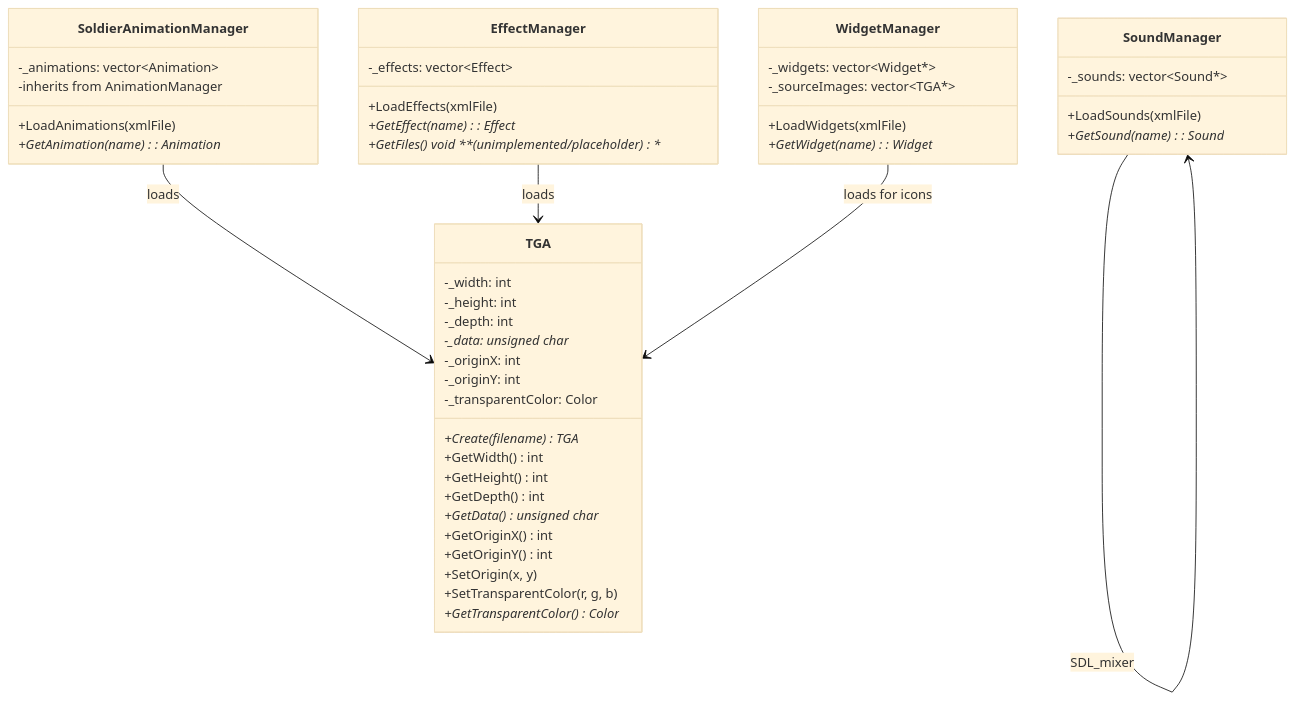
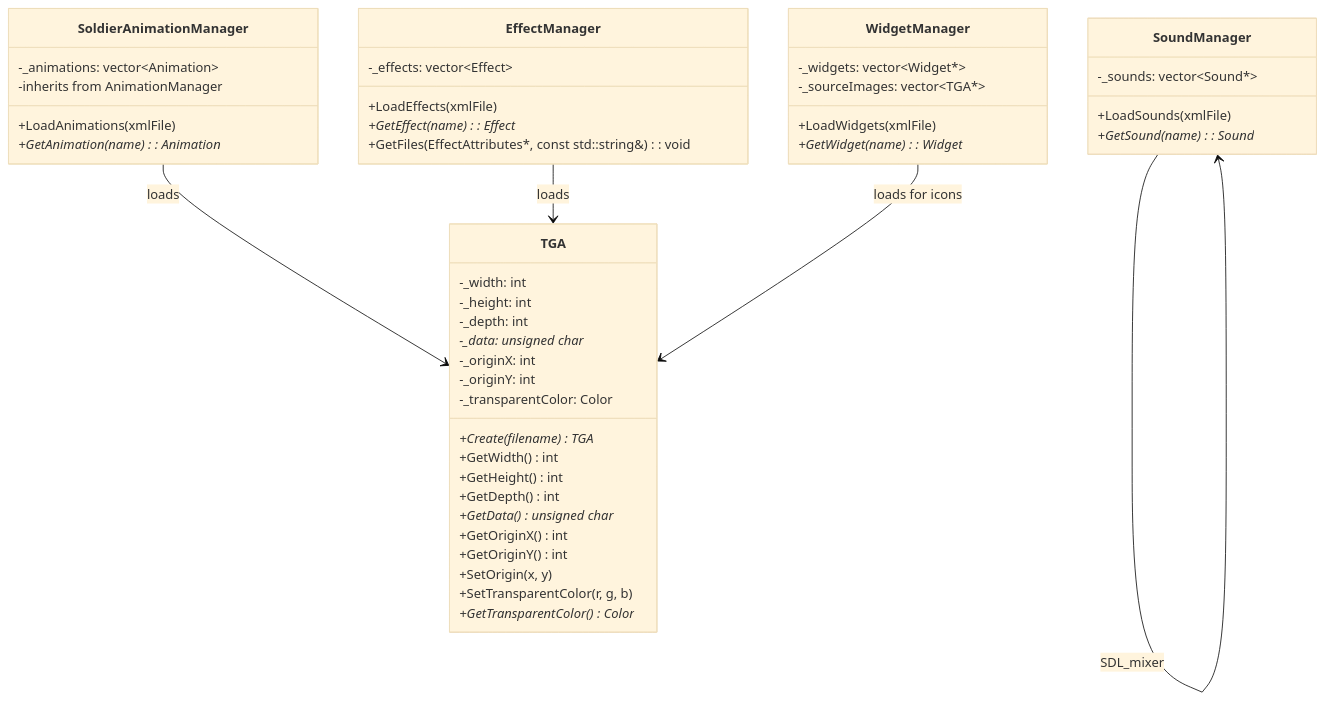
One commit to jukofyork/OpenCombat-SDL changed the fourth of 4 diagrams in docs/chapters/08-assets.md. Above: the diagram before and after it, drawn with Mermaid (base theme). The commit also changed 8 other files, not shown here.

````diff
--- a/docs/chapters/08-assets.md
+++ b/docs/chapters/08-assets.md
@@ -344,54 +344,54 @@
 ```mermaid
 classDiagram
     class TGA {
         +Create(filename) TGA*
         +GetWidth() int
         +GetHeight() int
         +GetDepth() int
         +GetData() unsigned char*
         +GetOriginX() int
         +GetOriginY() int
         +SetOrigin(x, y)
         +SetTransparentColor(r, g, b)
         +GetTransparentColor() Color*
         -_width: int
         -_height: int
         -_depth: int
         -_data: unsigned char*
         -_originX: int
         -_originY: int
         -_transparentColor: Color
     }
 
     class SoldierAnimationManager {
         +LoadAnimations(xmlFile)
         +GetAnimation(name): Animation*
         -_animations: vector~Animation~
         -inherits from AnimationManager
     }
 
     class EffectManager {
         +LoadEffects(xmlFile)
         +GetEffect(name): Effect*
-        +GetFiles() void  **(unimplemented/placeholder)**
+        +GetFiles(EffectAttributes*, const std::string&): void
         -_effects: vector~Effect~
     }
 
     class WidgetManager {
         +LoadWidgets(xmlFile)
         +GetWidget(name): Widget*
         -_widgets: vector~Widget*~
         -_sourceImages: vector~TGA*~
     }
 
     class SoundManager {
         +LoadSounds(xmlFile)
         +GetSound(name): Sound*
         -_sounds: vector~Sound*~
     }
 
     SoldierAnimationManager --> TGA : loads
     EffectManager --> TGA : loads
     WidgetManager --> TGA : loads for icons
     SoundManager --> SoundManager : SDL_mixer
 ```
````
